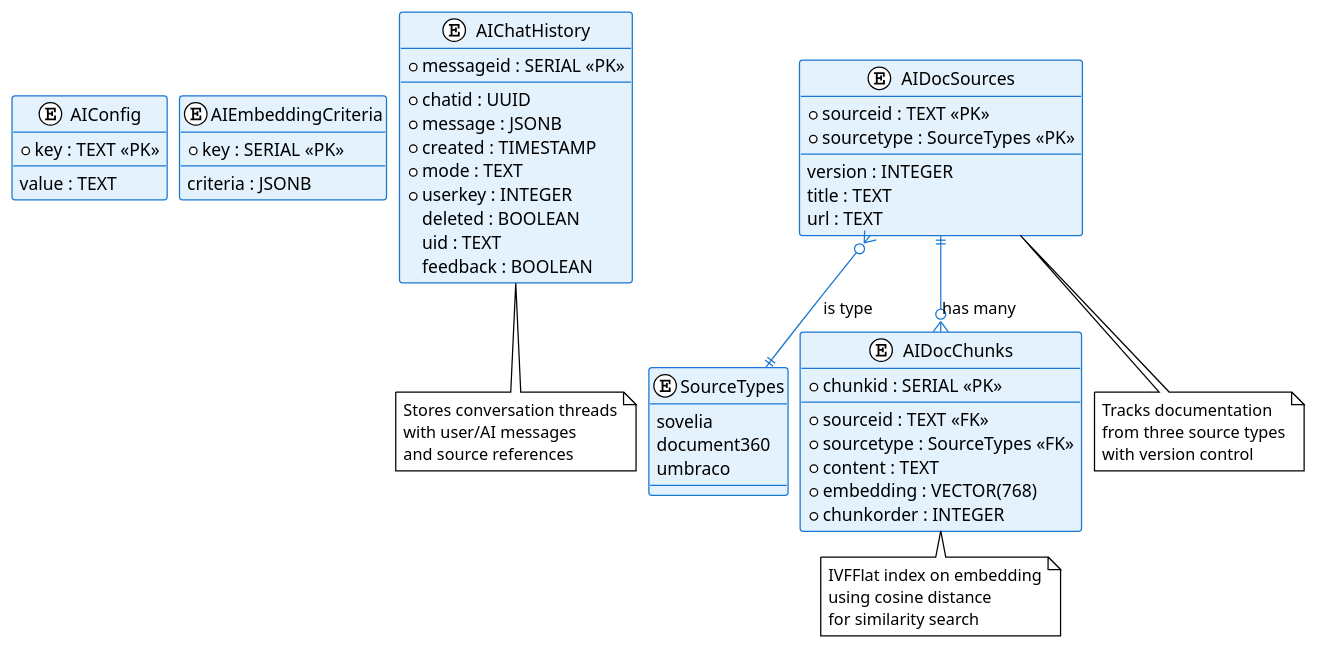
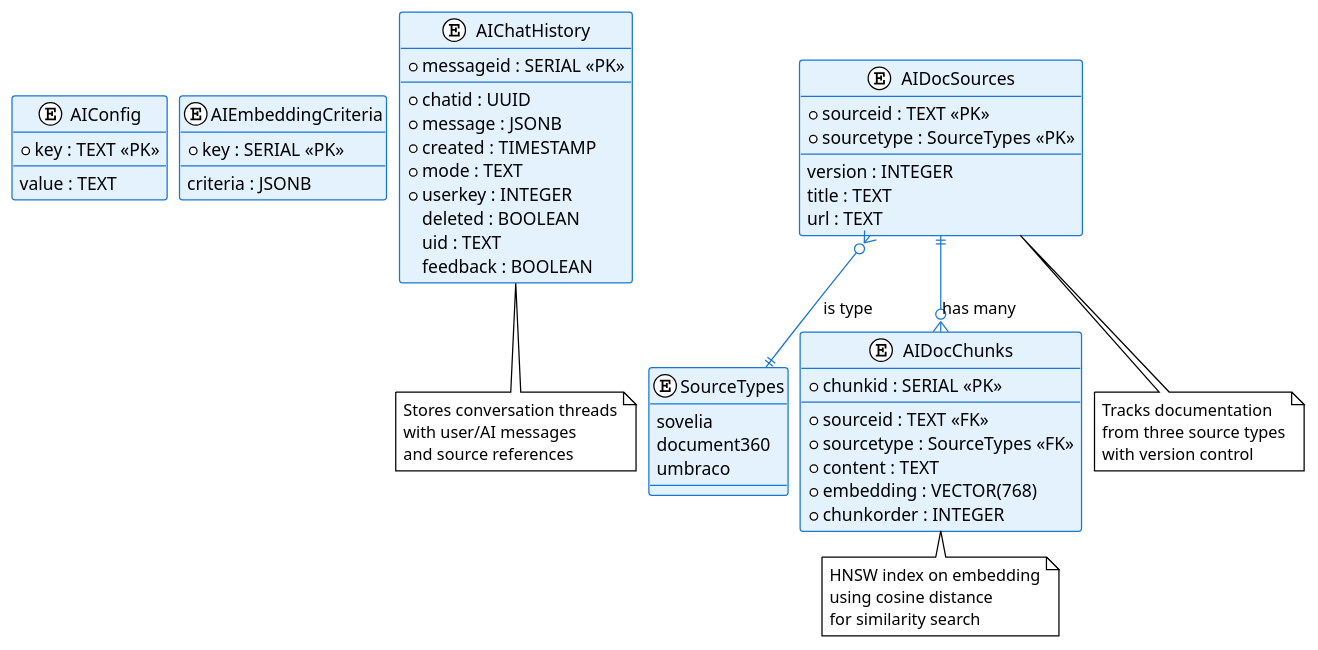
Before and after one commit to 3liasP/msc-thesis: the diagram in diagrams/database-schema.pu, drawn with PlantUML. The commit also changed 3 other files, not shown here.

Commit message:
fix: hnsw index on diagrams

```diff
--- a/diagrams/database-schema.pu
+++ b/diagrams/database-schema.pu
@@ -1,83 +1,83 @@
 @startuml
 !theme plain
 
 skinparam class {
     BackgroundColor #E3F2FD
     BorderColor #1976D2
     ArrowColor #1976D2
 }
 skinparam nodesep 10
 skinparam ranksep 20
 
 entity "AIConfig" as config {
     * key : TEXT <<PK>>
     --
     value : TEXT
 }
 
 entity "AIEmbeddingCriteria" as criteria {
     * key : SERIAL <<PK>>
     --
     criteria : JSONB
 }
 
 entity "AIChatHistory" as history {
     * messageid : SERIAL <<PK>>
     --
     * chatid : UUID
     * message : JSONB
     * created : TIMESTAMP
     * mode : TEXT
     * userkey : INTEGER
     deleted : BOOLEAN
     uid : TEXT
     feedback : BOOLEAN
 }
 
 enum "SourceTypes" as sourcetypes {
     sovelia
     document360
     umbraco
 }
 
 entity "AIDocSources" as sources {
     * sourceid : TEXT <<PK>>
     * sourcetype : SourceTypes <<PK>>
     --
     version : INTEGER
     title : TEXT
     url : TEXT
 }
 
 entity "AIDocChunks" as chunks {
     * chunkid : SERIAL <<PK>>
     --
     * sourceid : TEXT <<FK>>
     * sourcetype : SourceTypes <<FK>>
     * content : TEXT
     * embedding : VECTOR(768)
     * chunkorder : INTEGER
 }
 
 sources ||--o{ chunks : "has many"
 sources }o--|| sourcetypes : "is type"
 
 note bottom of chunks
-    IVFFlat index on embedding
+    HNSW index on embedding
     using cosine distance
     for similarity search
 end note
 
 note bottom of history
     Stores conversation threads
     with user/AI messages
     and source references
 end note
 
 note bottom of sources
     Tracks documentation
     from three source types
     with version control
 end note
 
 @enduml
```
